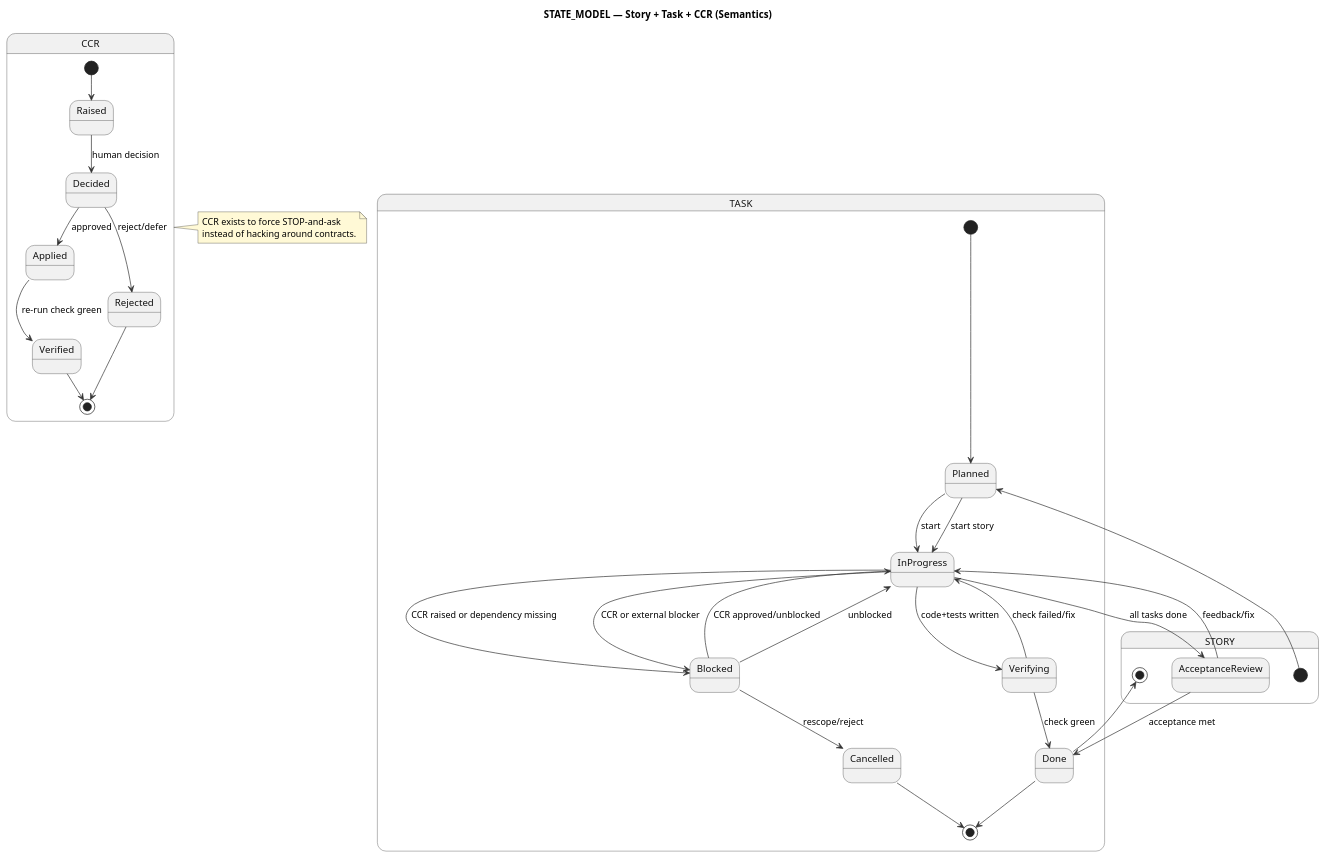
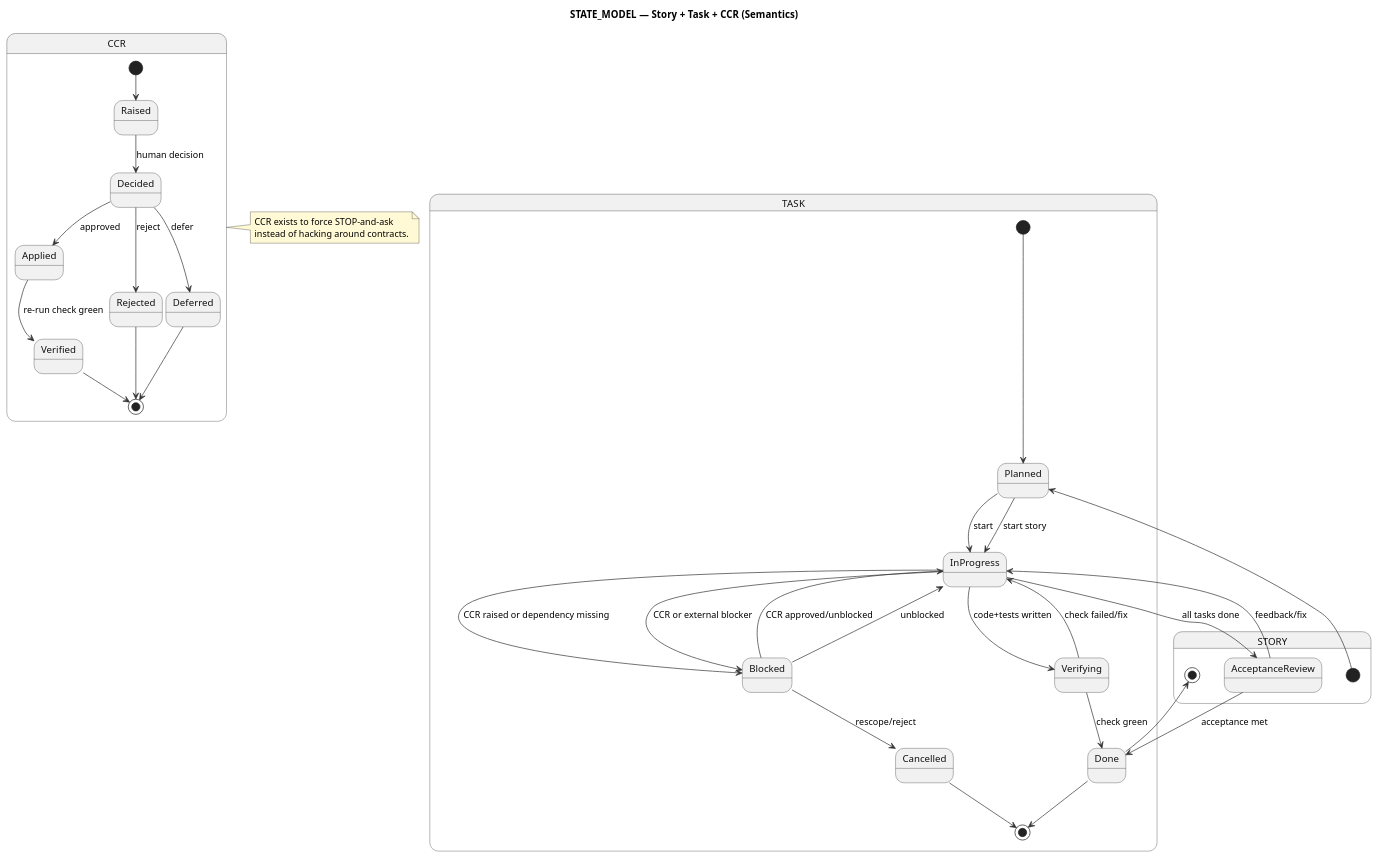
Before and after one commit to wolanski/job_agent_app: the diagram in process/diagrams/STATE_MODEL.puml, drawn with PlantUML. The commit also changed 8 other files, not shown here.

Commit message:
refactor: update process diagrams and documentation to standardize syntax and include new workflow maintenance procedures

```diff
--- a/process/diagrams/STATE_MODEL.puml
+++ b/process/diagrams/STATE_MODEL.puml
@@ -1,50 +1,52 @@
-@startuml
+@startuml STATE_MODEL
 title STATE_MODEL — Story + Task + CCR (Semantics)
 
 skinparam shadowing false
 skinparam ArrowColor #333333
 skinparam StateBorderColor #333333
 skinparam StateFontColor #111111
 skinparam NoteBackgroundColor #FFF9D6
 skinparam NoteBorderColor #333333
 
 state "TASK" as TASK {
   [*] --> Planned
   Planned --> InProgress : start
   InProgress --> Verifying : code+tests written
   Verifying --> Done : check green
   Verifying --> InProgress : check failed/fix
   InProgress --> Blocked : CCR raised or dependency missing
   Blocked --> InProgress : CCR approved/unblocked
   Blocked --> Cancelled : rescope/reject
   Done --> [*]
   Cancelled --> [*]
 }
 
 state "STORY" as STORY {
   [*] --> Planned
   Planned --> InProgress : start story
   InProgress --> AcceptanceReview : all tasks done
   AcceptanceReview --> Done : acceptance met
   AcceptanceReview --> InProgress : feedback/fix
   InProgress --> Blocked : CCR or external blocker
   Blocked --> InProgress : unblocked
   Done --> [*]
 }
 
 state "CCR" as CCR {
   [*] --> Raised
   Raised --> Decided : human decision
   Decided --> Applied : approved
-  Decided --> Rejected : reject/defer
+  Decided --> Rejected : reject
+  Decided --> Deferred : defer
   Applied --> Verified : re-run check green
   Verified --> [*]
   Rejected --> [*]
+  Deferred --> [*]
 }
 
 note right of CCR
 CCR exists to force STOP-and-ask
 instead of hacking around contracts.
 end note
 
 @enduml
```
